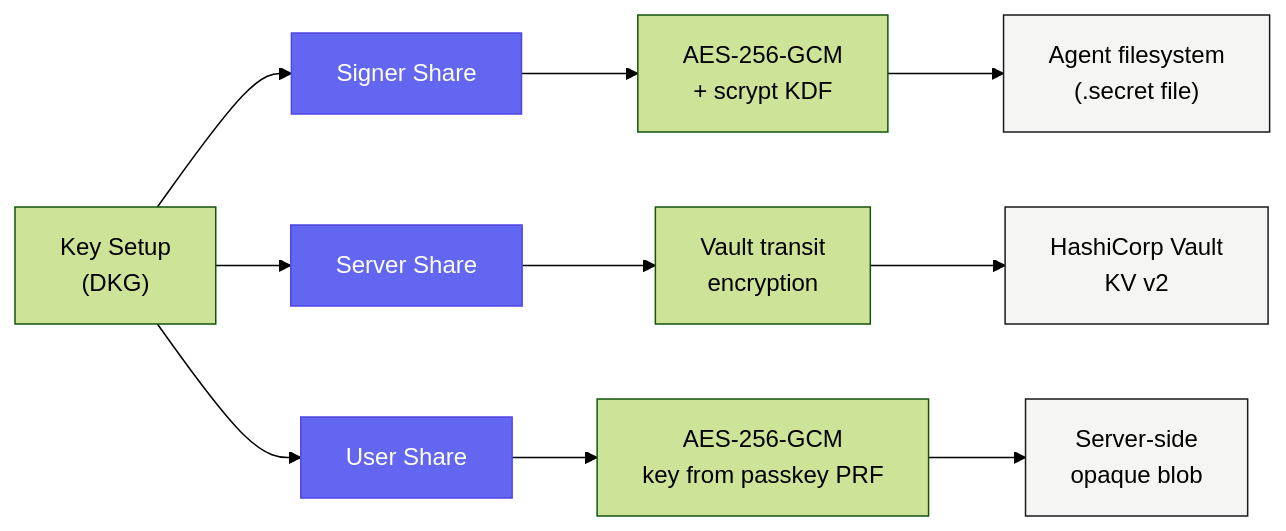
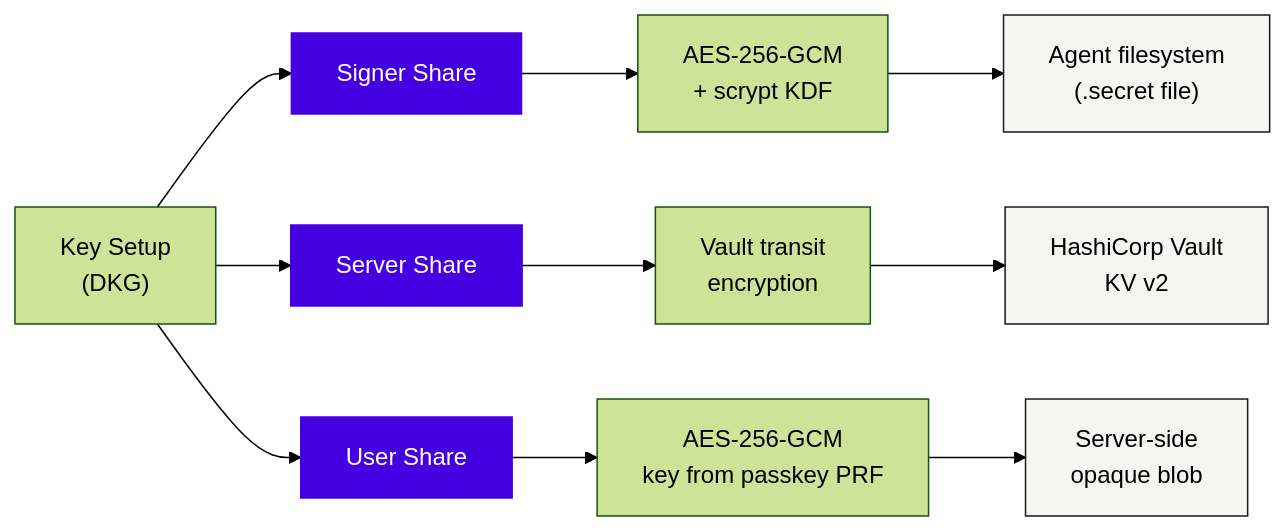
The first of 2 diagrams in guardian/concepts/security.mdx (AgentaOS/docs), drawn with Mermaid (forest theme) before and after one commit. The commit also changed other lines of this file and 28 other files, not shown here.

````diff
--- a/guardian/concepts/security.mdx
+++ b/guardian/concepts/security.mdx
@@ -18,24 +18,24 @@
 ```mermaid
 flowchart LR
     DKG["Key Setup\n(DKG)"] --> S0 & S1 & S2
 
     S0["Signer Share"]
     S1["Server Share"]
     S2["User Share"]
 
     S0 --> E0["AES-256-GCM\n+ scrypt KDF"]
     E0 --> L0["Agent filesystem\n(.secret file)"]
 
     S1 --> E1["Vault transit\nencryption"]
     E1 --> L1["HashiCorp Vault\nKV v2"]
 
     S2 --> E2["AES-256-GCM\nkey from passkey PRF"]
     E2 --> L2["Server-side\nopaque blob"]
 
-    style S0 fill:#6366f1,stroke:#4f46e5,color:#fff
-    style S1 fill:#6366f1,stroke:#4f46e5,color:#fff
-    style S2 fill:#6366f1,stroke:#4f46e5,color:#fff
+    style S0 fill:#4400E0,stroke:#4400E0,color:#fff
+    style S1 fill:#4400E0,stroke:#4400E0,color:#fff
+    style S2 fill:#4400E0,stroke:#4400E0,color:#fff
     style L0 fill:#f5f5f3,stroke:#1a1a1a
     style L1 fill:#f5f5f3,stroke:#1a1a1a
     style L2 fill:#f5f5f3,stroke:#1a1a1a
 ```
````
